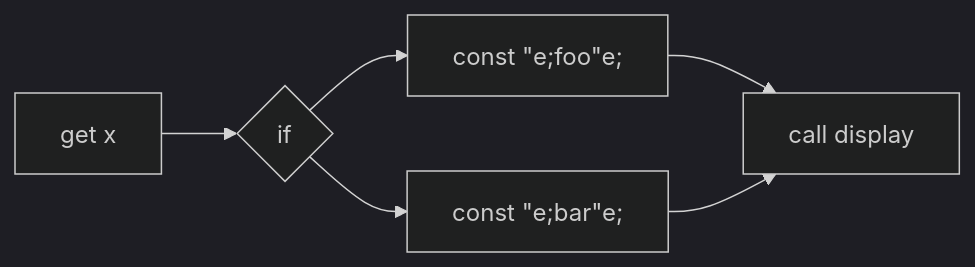
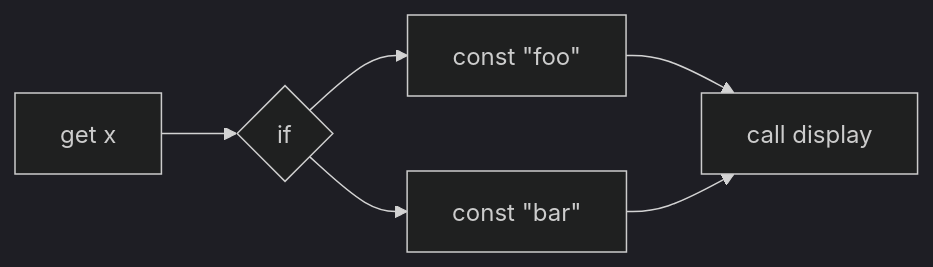
One commit to raviqqe/doc changed the diagram in slides/papers/stak-scheme/if-instruction.mmd. Above: the diagram before and after it, drawn with Mermaid (dark theme).

```diff
--- a/slides/papers/stak-scheme/if-instruction.mmd
+++ b/slides/papers/stak-scheme/if-instruction.mmd
@@ -1,5 +1,5 @@
 flowchart LR
   c0[get x] --> c1{if}
-  c1 --> c2[const #quote;foo#quote;] --> c4
-  c1 --> c3[const #quote;bar#quote;] --> c4
+  c1 --> c2[const #quot;foo#quot;] --> c4
+  c1 --> c3[const #quot;bar#quot;] --> c4
   c4[call display]
```
